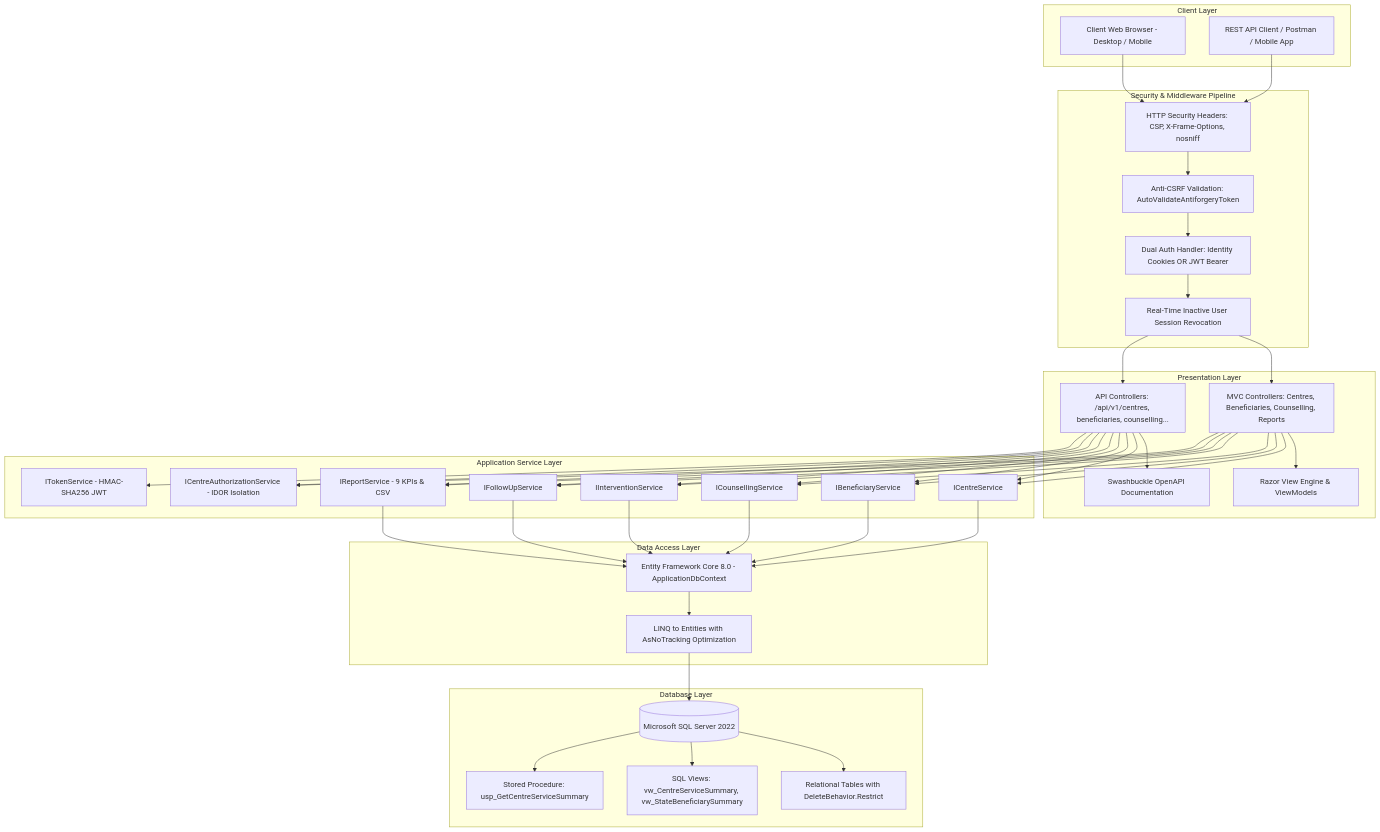
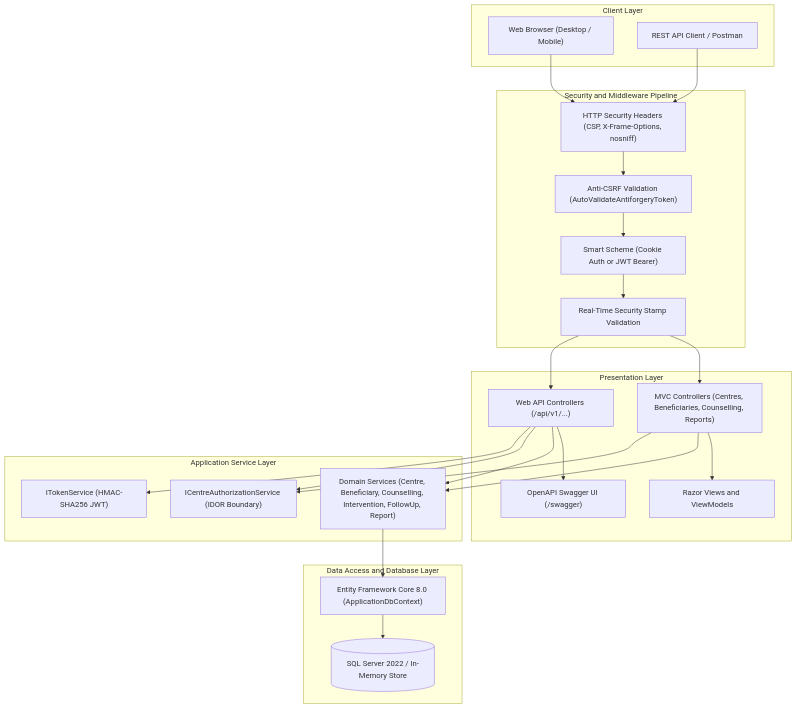
Before and after one commit to KrChiranjeevi/Centralised-Nasha-Mukti-Database: the first of 2 diagrams in README.md, drawn with Mermaid. The commit also changed other lines of this file and 8 other files, not shown here.

````diff
--- a/README.md
+++ b/README.md
@@ -119,57 +125,47 @@
 ```mermaid
-graph TD
-    subgraph Client Layer
-        Browser[Client Web Browser - Desktop / Mobile]
-        PostmanClient[REST API Client / Postman / Mobile App]
+flowchart TD
+    subgraph ClientLayer ["Client Layer"]
+        Browser["Web Browser (Desktop / Mobile)"]
+        ApiClient["REST API Client / Postman"]
     end
 
-    subgraph Security & Middleware Pipeline
-        MW1[HTTP Security Headers: CSP, X-Frame-Options, nosniff]
-        MW2[Anti-CSRF Validation: AutoValidateAntiforgeryToken]
-        MW3[Dual Auth Handler: Identity Cookies OR JWT Bearer]
-        MW4[Real-Time Inactive User Session Revocation]
+    subgraph SecurityLayer ["Security and Middleware Pipeline"]
+        MW1["HTTP Security Headers (CSP, X-Frame-Options, nosniff)"]
+        MW2["Anti-CSRF Validation (AutoValidateAntiforgeryToken)"]
+        MW3["Smart Scheme (Cookie Auth or JWT Bearer)"]
+        MW4["Real-Time Security Stamp Validation"]
     end
 
-    subgraph Presentation Layer
-        MVC[MVC Controllers: Centres, Beneficiaries, Counselling, Reports]
-        API[API Controllers: /api/v1/centres, beneficiaries, counselling...]
-        Razor[Razor View Engine & ViewModels]
-        Swagger[Swashbuckle OpenAPI Documentation]
+    subgraph PresentationLayer ["Presentation Layer"]
+        MVC["MVC Controllers (Centres, Beneficiaries, Counselling, Reports)"]
+        API["Web API Controllers (/api/v1/...)"]
+        Razor["Razor Views and ViewModels"]
+        Swagger["OpenAPI Swagger UI (/swagger)"]
     end
 
-    subgraph Application Service Layer
-        CentreSvc[ICentreService]
-        BenSvc[IBeneficiaryService]
-        CounsellingSvc[ICounsellingService]
-        InterventionSvc[IInterventionService]
-        FollowUpSvc[IFollowUpService]
-        ReportSvc[IReportService - 9 KPIs & CSV]
-        AuthSvc[ICentreAuthorizationService - IDOR Isolation]
-        TokenSvc[ITokenService - HMAC-SHA256 JWT]
+    subgraph ServiceLayer ["Application Service Layer"]
+        Services["Domain Services (Centre, Beneficiary, Counselling, Intervention, FollowUp, Report)"]
+        AuthSvc["ICentreAuthorizationService (IDOR Boundary)"]
+        TokenSvc["ITokenService (HMAC-SHA256 JWT)"]
     end
 
-    subgraph Data Access Layer
-        EF[Entity Framework Core 8.0 - ApplicationDbContext]
-        LINQ[LINQ to Entities with AsNoTracking Optimization]
-    end
-
-    subgraph Database Layer
-        SQL[(Microsoft SQL Server 2022)]
-        Tables[Relational Tables with DeleteBehavior.Restrict]
-        Views[SQL Views: vw_CentreServiceSummary, vw_StateBeneficiarySummary]
-        SP[Stored Procedure: usp_GetCentreServiceSummary]
+    subgraph DataLayer ["Data Access and Database Layer"]
+        EF["Entity Framework Core 8.0 (ApplicationDbContext)"]
+        SQL[("SQL Server 2022 / In-Memory Store")]
     end
 
     Browser --> MW1
-    PostmanClient --> MW1
+    ApiClient --> MW1
     MW1 --> MW2 --> MW3 --> MW4
     MW4 --> MVC
     MW4 --> API
     MVC --> Razor
     API --> Swagger
-    MVC --> CentreSvc & BenSvc & CounsellingSvc & InterventionSvc & FollowUpSvc & ReportSvc & AuthSvc
-    API --> CentreSvc & BenSvc & CounsellingSvc & InterventionSvc & FollowUpSvc & ReportSvc & AuthSvc & TokenSvc
-    CentreSvc & BenSvc & CounsellingSvc & InterventionSvc & FollowUpSvc & ReportSvc --> EF
-    EF --> LINQ --> SQL
-    SQL --> Tables & Views & SP
+    MVC --> Services
+    MVC --> AuthSvc
+    API --> Services
+    API --> AuthSvc
+    API --> TokenSvc
+    Services --> EF
+    EF --> SQL
 ```
````
